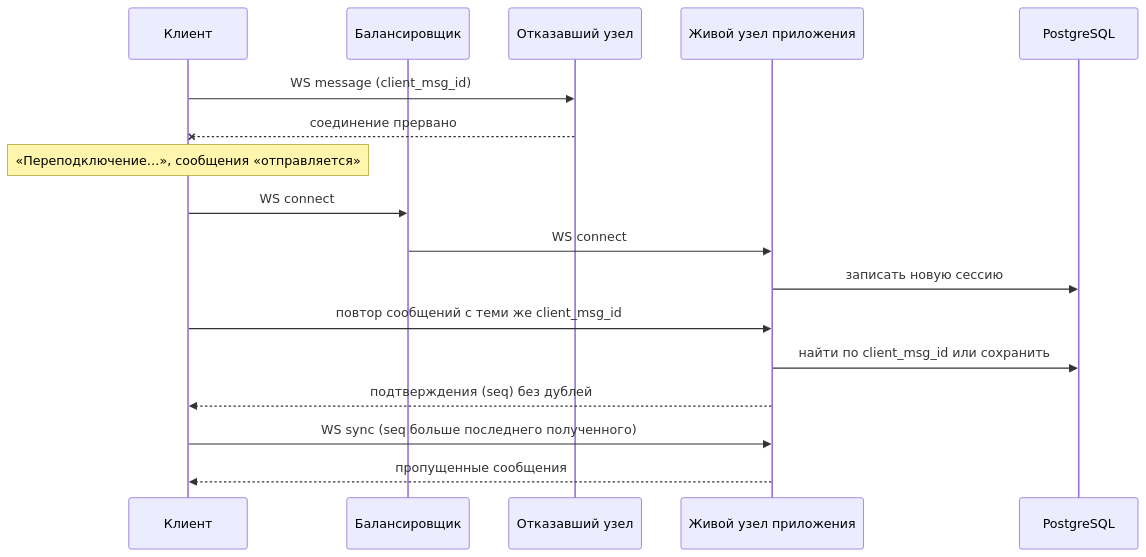
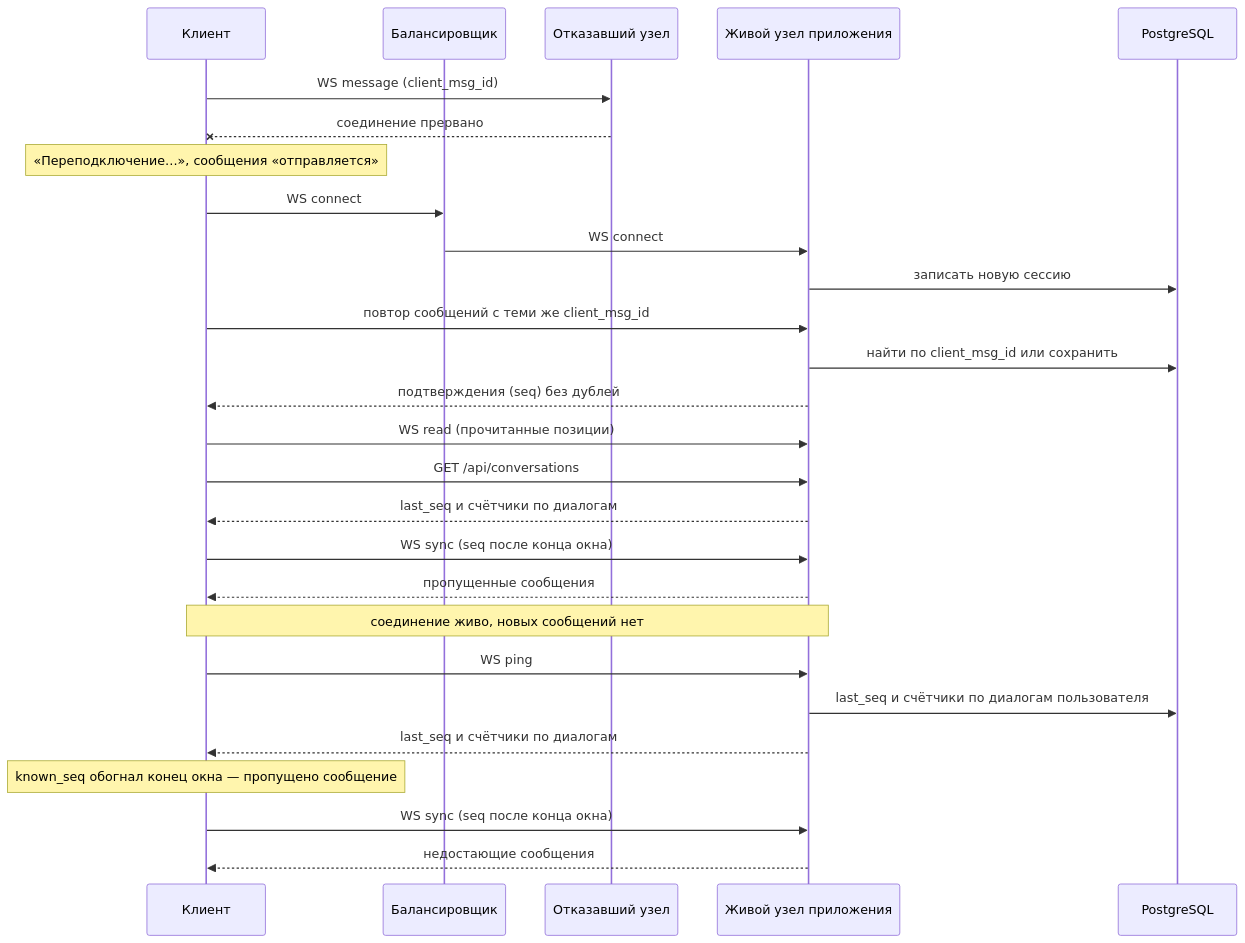
The seventh of 9 diagrams in docs/tr.md (spbu-ds-practicum-2026/TheBoys), drawn with Mermaid before and after one commit. The commit also changed other lines of this file, not shown here.

````diff
--- a/docs/tr.md
+++ b/docs/tr.md
@@ -365,19 +380,29 @@
 ```mermaid
 sequenceDiagram
   participant C as Клиент
   participant LB as Балансировщик
   participant Old as Отказавший узел
   participant New as Живой узел приложения
   participant DB as PostgreSQL
   C->>Old: WS message (client_msg_id)
   Old--xC: соединение прервано
   Note over C: «Переподключение…», сообщения «отправляется»
   C->>LB: WS connect
   LB->>New: WS connect
   New->>DB: записать новую сессию
   C->>New: повтор сообщений с теми же client_msg_id
   New->>DB: найти по client_msg_id или сохранить
   New-->>C: подтверждения (seq) без дублей
-  C->>New: WS sync (seq больше последнего полученного)
+  C->>New: WS read (прочитанные позиции)
+  C->>New: GET /api/conversations
+  New-->>C: last_seq и счётчики по диалогам
+  C->>New: WS sync (seq после конца окна)
   New-->>C: пропущенные сообщения
+  Note over C,New: соединение живо, новых сообщений нет
+  C->>New: WS ping
+  New->>DB: last_seq и счётчики по диалогам пользователя
+  New-->>C: last_seq и счётчики по диалогам
+  Note over C: known_seq обогнал конец окна — пропущено сообщение
+  C->>New: WS sync (seq после конца окна)
+  New-->>C: недостающие сообщения
 ```
````
